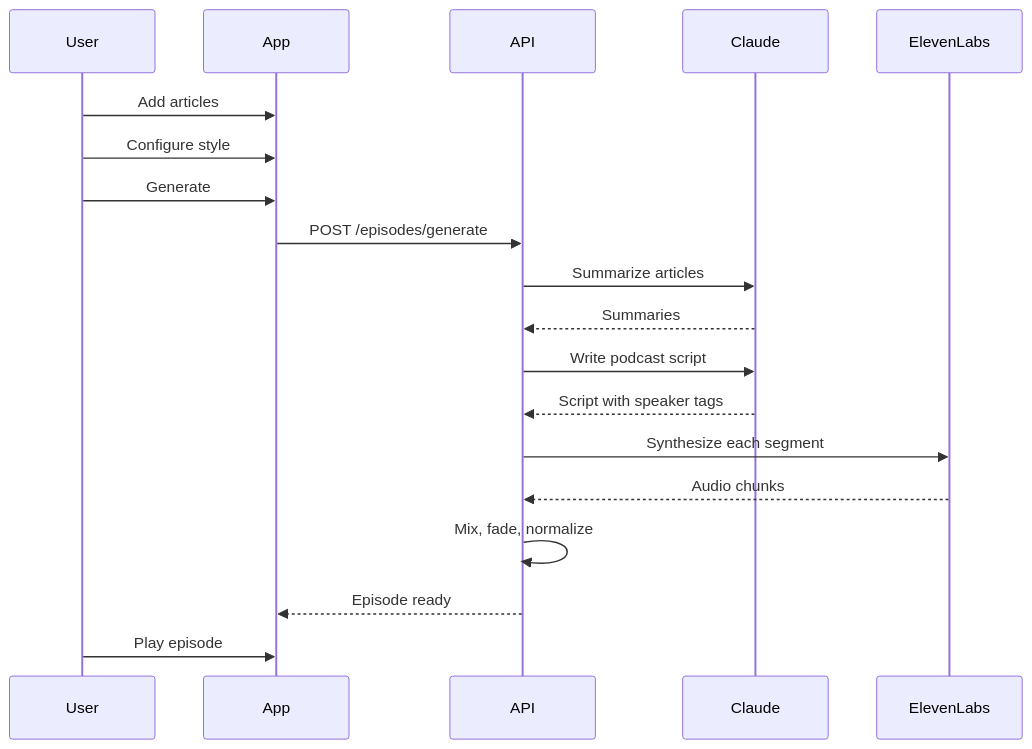
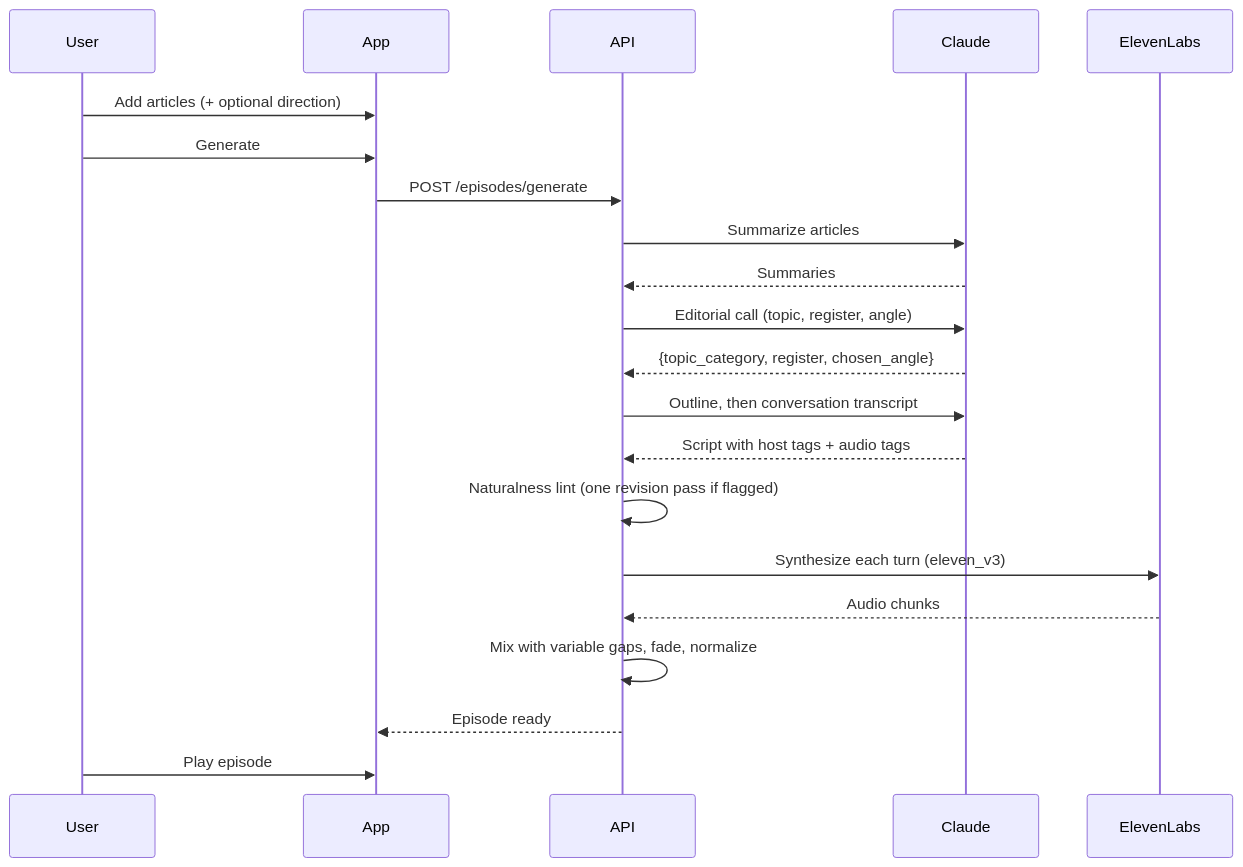
One commit to bme3412/the-signal changed the second of 2 diagrams in README.md. Above: the diagram before and after it, drawn with Mermaid. The commit also changed other lines of this file and 26 other files, not shown here.

````diff
--- a/README.md
+++ b/README.md
@@ -164,28 +175,32 @@
 ```mermaid
 sequenceDiagram
     participant User
     participant App
     participant API
     participant Claude
     participant ElevenLabs
 
-    User->>App: Add articles
-    User->>App: Configure style
+    User->>App: Add articles (+ optional direction)
     User->>App: Generate
 
     App->>API: POST /episodes/generate
 
     API->>Claude: Summarize articles
     Claude-->>API: Summaries
 
-    API->>Claude: Write podcast script
-    Claude-->>API: Script with speaker tags
+    API->>Claude: Editorial call (topic, register, angle)
+    Claude-->>API: {topic_category, register, chosen_angle}
 
-    API->>ElevenLabs: Synthesize each segment
+    API->>Claude: Outline, then conversation transcript
+    Claude-->>API: Script with host tags + audio tags
+
+    API->>API: Naturalness lint (one revision pass if flagged)
+
+    API->>ElevenLabs: Synthesize each turn (eleven_v3)
     ElevenLabs-->>API: Audio chunks
 
-    API->>API: Mix, fade, normalize
+    API->>API: Mix with variable gaps, fade, normalize
     API-->>App: Episode ready
 
     User->>App: Play episode
 ```
````
